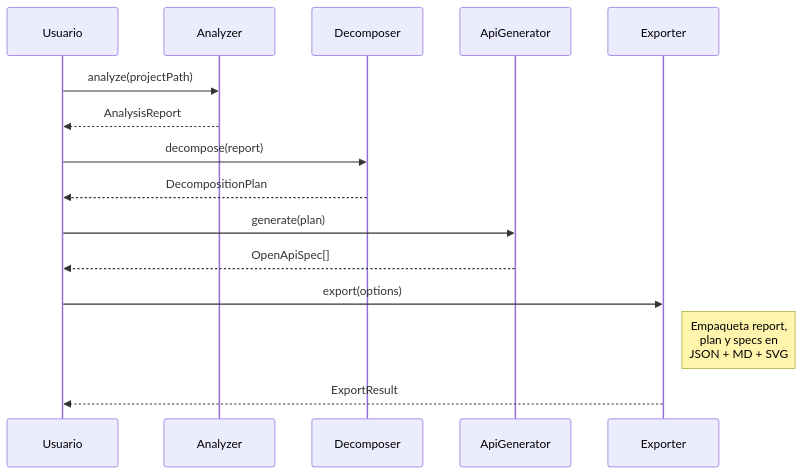
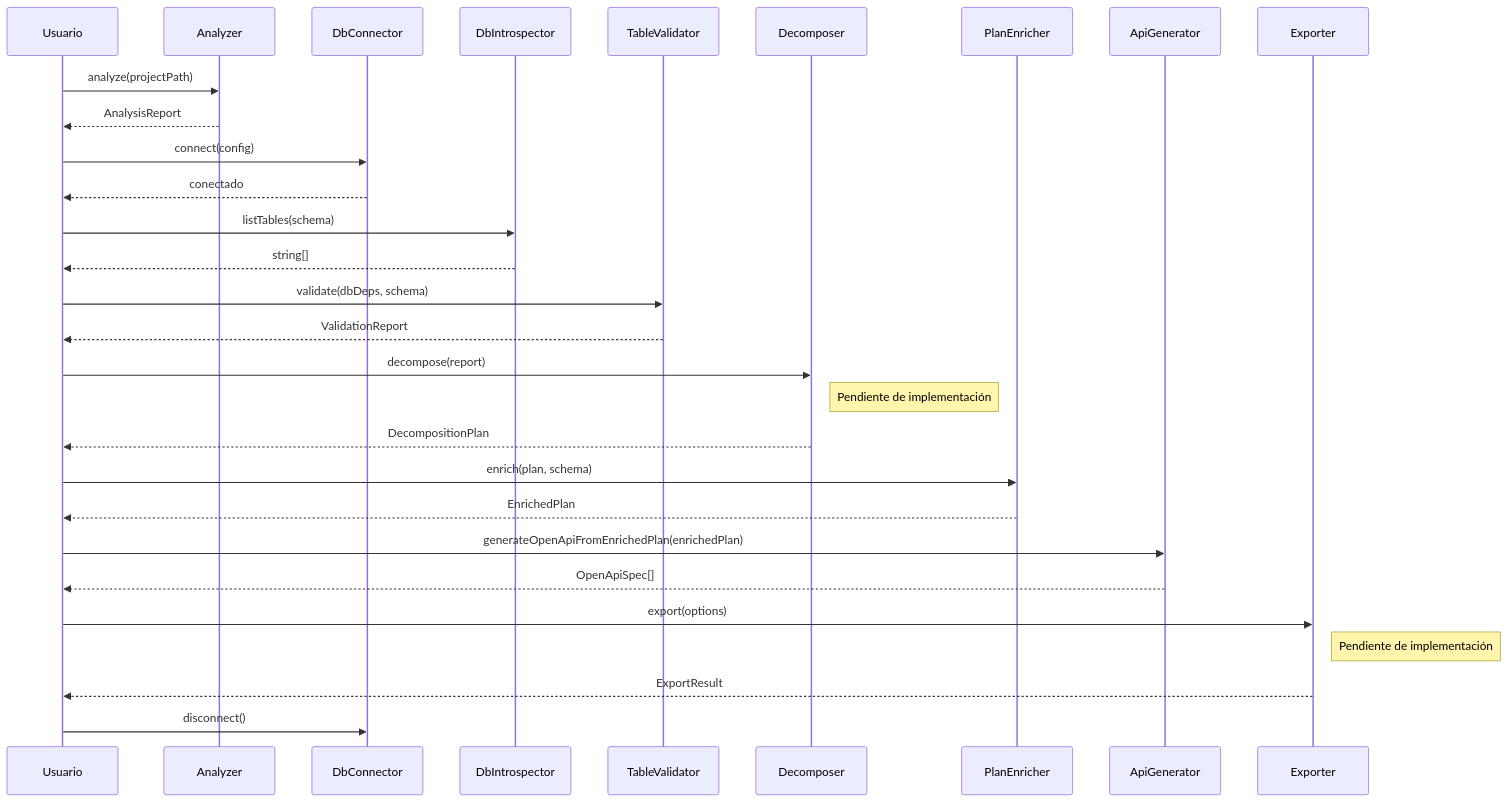
The tenth of 10 diagrams in docs/sequences.md (preyesc/erp-modernization-toolkit), drawn with Mermaid before and after one commit. The commit also changed other lines of this file and 107 other files, not shown here.

````diff
--- a/docs/sequences.md
+++ b/docs/sequences.md
@@ -189,21 +321,40 @@
 ```mermaid
 sequenceDiagram
     participant U as Usuario
     participant A as Analyzer
+    participant DC as DbConnector
+    participant DI as DbIntrospector
+    participant TV as TableValidator
     participant D as Decomposer
+    participant PE as PlanEnricher
     participant G as ApiGenerator
     participant E as Exporter
 
     U->>A: analyze(projectPath)
     A-->>U: AnalysisReport
 
+    U->>DC: connect(config)
+    DC-->>U: conectado
+
+    U->>DI: listTables(schema)
+    DI-->>U: string[]
+
+    U->>TV: validate(dbDeps, schema)
+    TV-->>U: ValidationReport
+
     U->>D: decompose(report)
+    Note right of D: Pendiente de implementación
     D-->>U: DecompositionPlan
 
-    U->>G: generate(plan)
+    U->>PE: enrich(plan, schema)
+    PE-->>U: EnrichedPlan
+
+    U->>G: generateOpenApiFromEnrichedPlan(enrichedPlan)
     G-->>U: OpenApiSpec[]
 
     U->>E: export(options)
-    Note right of E: Empaqueta report,<br/>plan y specs en<br/>JSON + MD + SVG
+    Note right of E: Pendiente de implementación
     E-->>U: ExportResult
+
+    U->>DC: disconnect()
 ```
````
